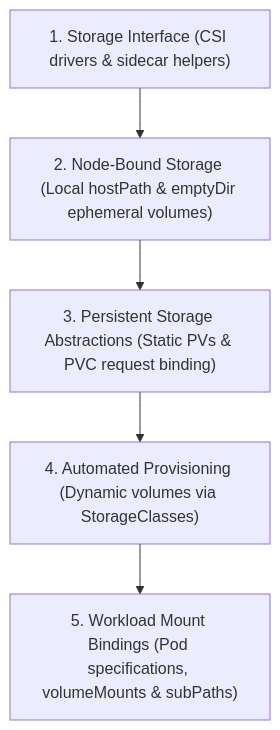
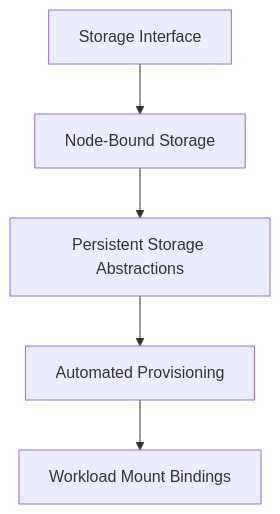
Before and after one commit to kmashour/BrainDump: the first of 2 diagrams in Reference Notes/09_storage_mechanics_and_csi.md, drawn with Mermaid. The commit also changed 15 other files, not shown here.

Commit message:
docs: simplify cognitive map mermaid syntax for general compatibility

````diff
--- a/Reference Notes/09_storage_mechanics_and_csi.md
+++ b/Reference Notes/09_storage_mechanics_and_csi.md
@@ -11,7 +11,7 @@
 ```mermaid
 graph TD
-    A["1. Storage Interface (CSI drivers & sidecar helpers)"] --> B["2. Node-Bound Storage (Local hostPath & emptyDir ephemeral volumes)"]
-    B --> C["3. Persistent Storage Abstractions (Static PVs & PVC request binding)"]
-    C --> D["4. Automated Provisioning (Dynamic volumes via StorageClasses)"]
-    D --> E["5. Workload Mount Bindings (Pod specifications, volumeMounts & subPaths)"]
+    A["Storage Interface"] --> B["Node-Bound Storage"]
+    B --> C["Persistent Storage Abstractions"]
+    C --> D["Automated Provisioning"]
+    D --> E["Workload Mount Bindings"]
 ```
````
